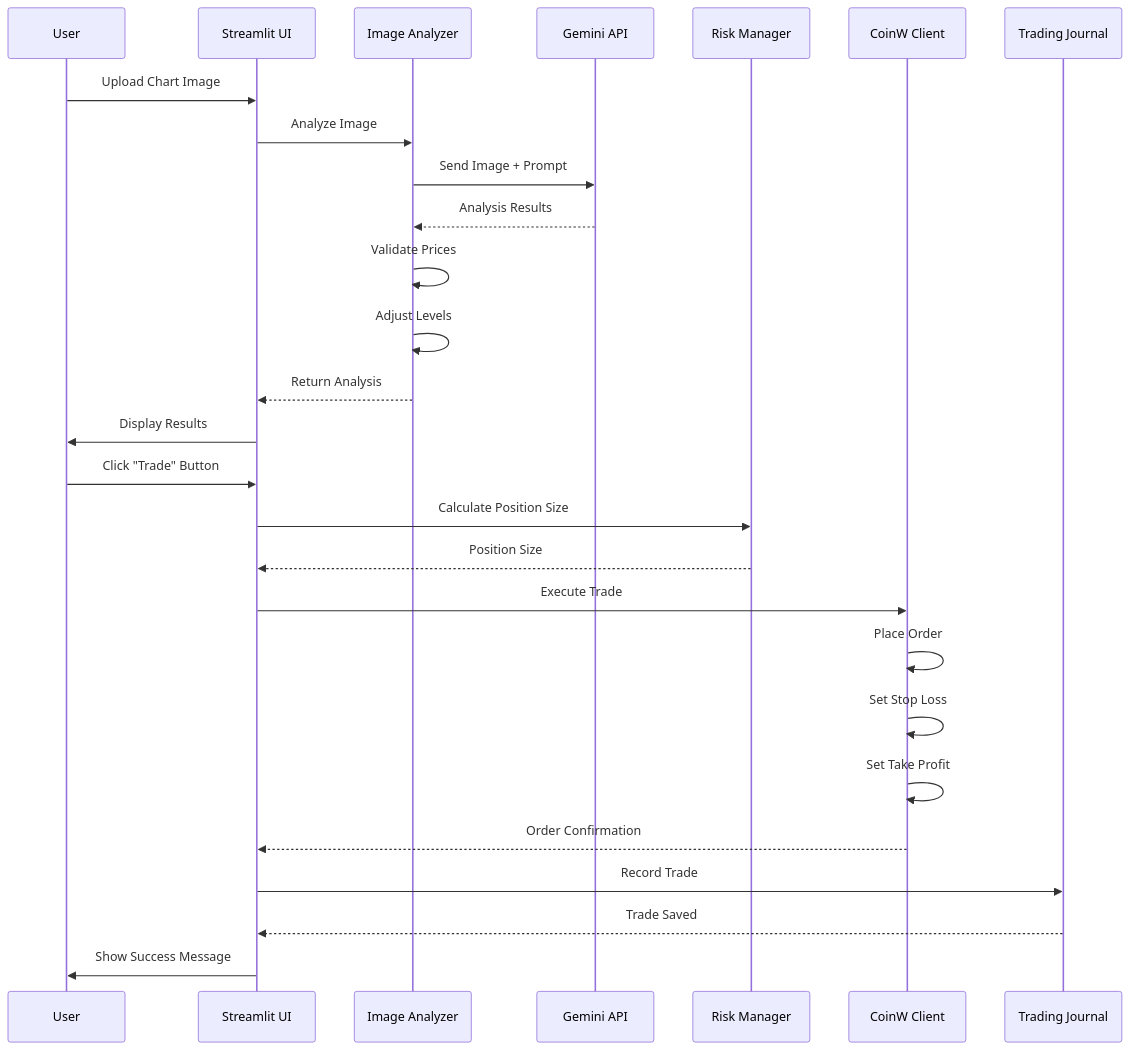
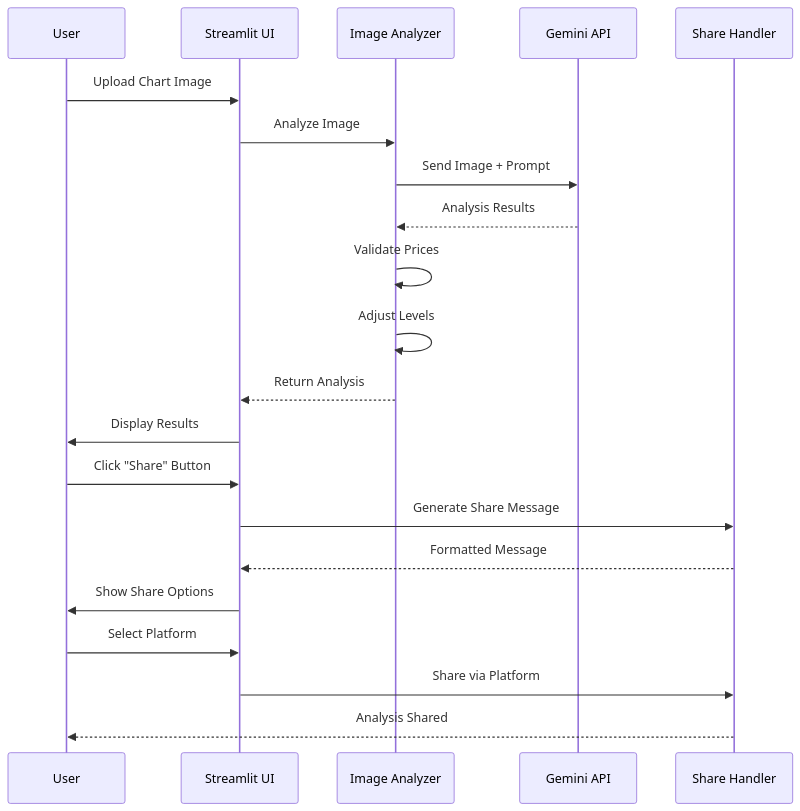
One commit to MarxMad/Trading_AI_tool changed the fourth of 4 diagrams in README.md. Above: the diagram before and after it, drawn with Mermaid. The commit also changed other lines of this file, not shown here.

Commit message:
Update README: Remove CoinW references, add deployment link, focus on AI analysis and sharing features

````diff
--- a/README.md
+++ b/README.md
@@ -342,31 +311,25 @@
 ```mermaid
 sequenceDiagram
     participant User
     participant UI as Streamlit UI
     participant IA as Image Analyzer
     participant Gemini as Gemini API
-    participant RM as Risk Manager
-    participant CoinW as CoinW Client
-    participant Journal as Trading Journal
+    participant SH as Share Handler
     
     User->>UI: Upload Chart Image
     UI->>IA: Analyze Image
     IA->>Gemini: Send Image + Prompt
     Gemini-->>IA: Analysis Results
     IA->>IA: Validate Prices
     IA->>IA: Adjust Levels
     IA-->>UI: Return Analysis
     UI->>User: Display Results
     
-    User->>UI: Click "Trade" Button
-    UI->>RM: Calculate Position Size
-    RM-->>UI: Position Size
-    UI->>CoinW: Execute Trade
-    CoinW->>CoinW: Place Order
-    CoinW->>CoinW: Set Stop Loss
-    CoinW->>CoinW: Set Take Profit
-    CoinW-->>UI: Order Confirmation
-    UI->>Journal: Record Trade
-    Journal-->>UI: Trade Saved
-    UI->>User: Show Success Message
+    User->>UI: Click "Share" Button
+    UI->>SH: Generate Share Message
+    SH-->>UI: Formatted Message
+    UI->>User: Show Share Options
+    User->>UI: Select Platform
+    UI->>SH: Share via Platform
+    SH-->>User: Analysis Shared
 ```
````
